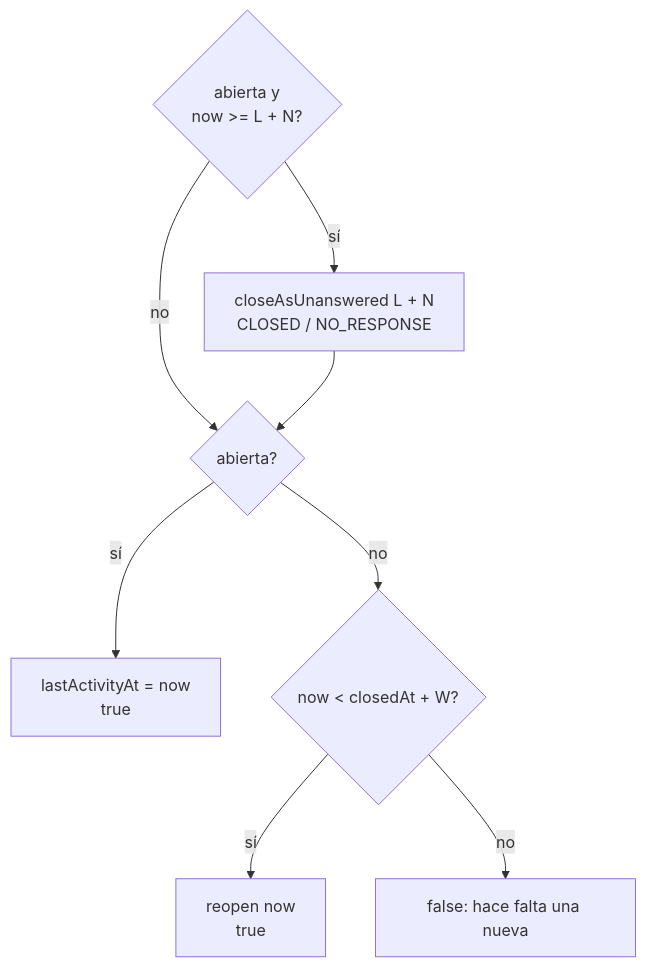
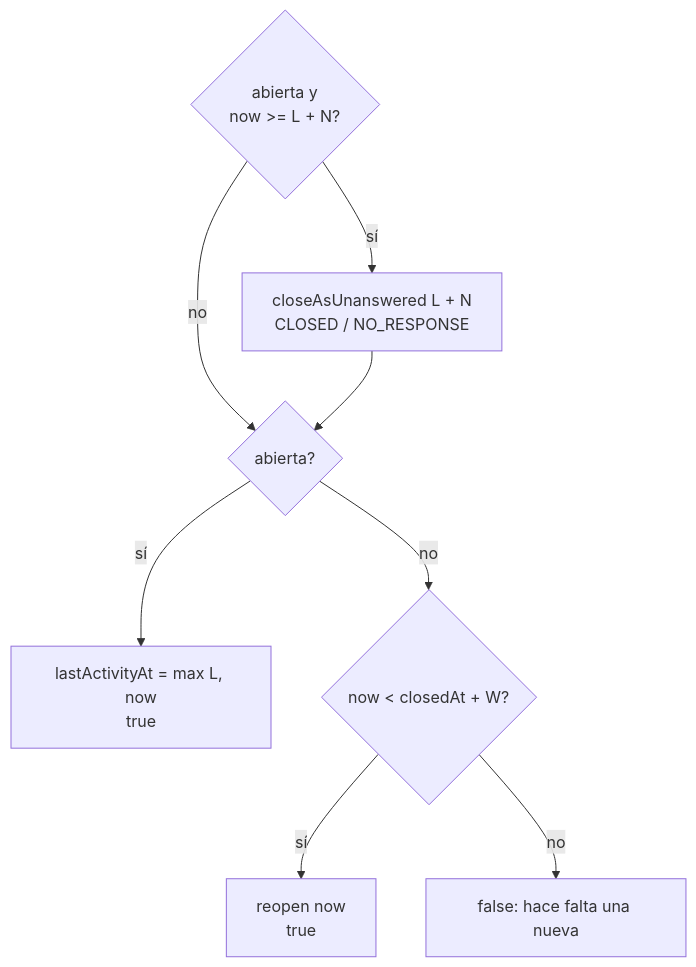
Before and after one commit to zapmaxvevo/communicator-one: the second of 4 diagrams in docs/oportunidades.md, drawn with Mermaid. The commit also changed other lines of this file and 6 other files, not shown here.

````diff
--- a/docs/oportunidades.md
+++ b/docs/oportunidades.md
@@ -167,10 +169,10 @@
 ```mermaid
 flowchart TD
     O{abierta y<br/>now >= L + N?} -->|sí| C[closeAsUnanswered L + N<br/>CLOSED / NO_RESPONSE]
     O -->|no| O2
     C --> O2{abierta?}
-    O2 -->|sí| CONT[lastActivityAt = now<br/>true]
+    O2 -->|sí| CONT[lastActivityAt = max L, now<br/>true]
     O2 -->|no| W{now < closedAt + W?}
     W -->|sí| RE[reopen now<br/>true]
     W -->|no| NO[false: hace falta una nueva]
 ```
````
